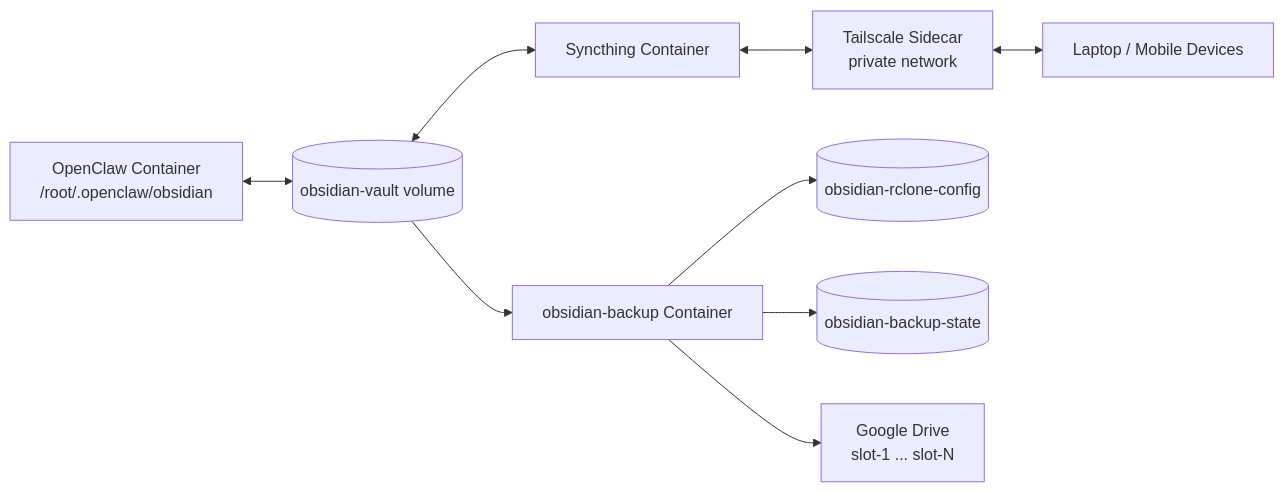
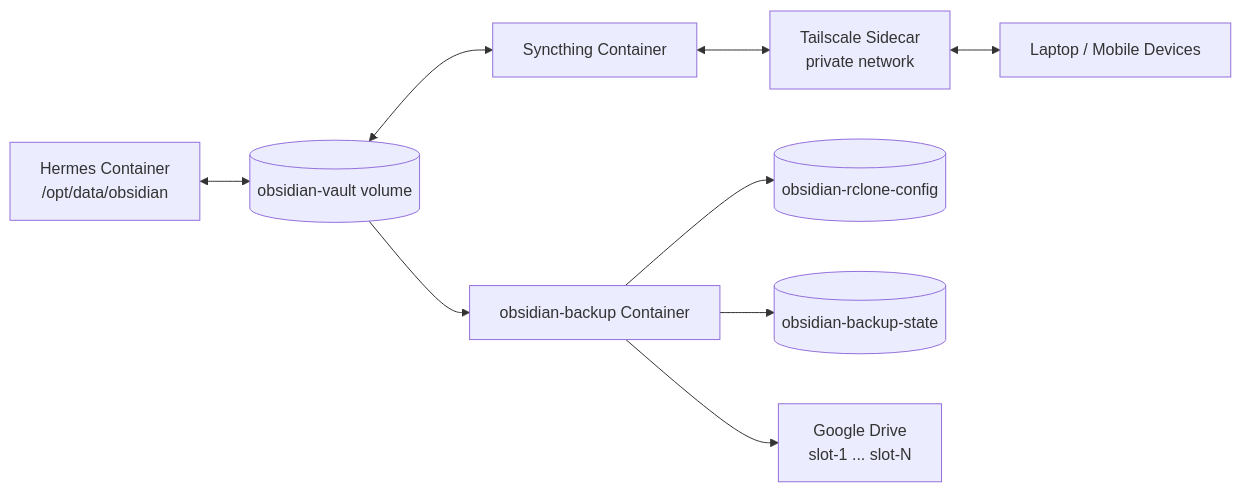
The third of 4 diagrams in README.md (Pedrohgv/josemar-assistente), drawn with Mermaid before and after one commit. The commit also changed other lines of this file and 6 other files, not shown here.

Commit message:
retire OpenClaw runtime and switch docs/workflows to Hermes

````diff
--- a/README.md
+++ b/README.md
@@ -77,11 +75,11 @@
 ```mermaid
 flowchart LR
-  OpenClaw[OpenClaw Container<br/>/root/.openclaw/obsidian] <--> Vault[(obsidian-vault volume)]
+  Hermes[Hermes Container<br/>/opt/data/obsidian] <--> Vault[(obsidian-vault volume)]
   Vault <--> Syncthing[Syncthing Container]
   Syncthing <--> Tailscale[Tailscale Sidecar<br/>private network]
   Tailscale <--> Devices[Laptop / Mobile Devices]
   Vault --> Backup[obsidian-backup Container]
   Backup --> RcloneConfig[(obsidian-rclone-config)]
   Backup --> SlotState[(obsidian-backup-state)]
   Backup --> Drive[Google Drive<br/>slot-1 ... slot-N]
 ```
````
